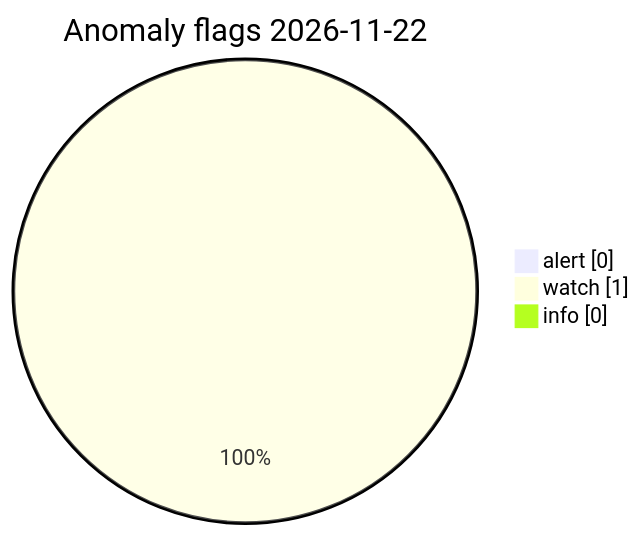
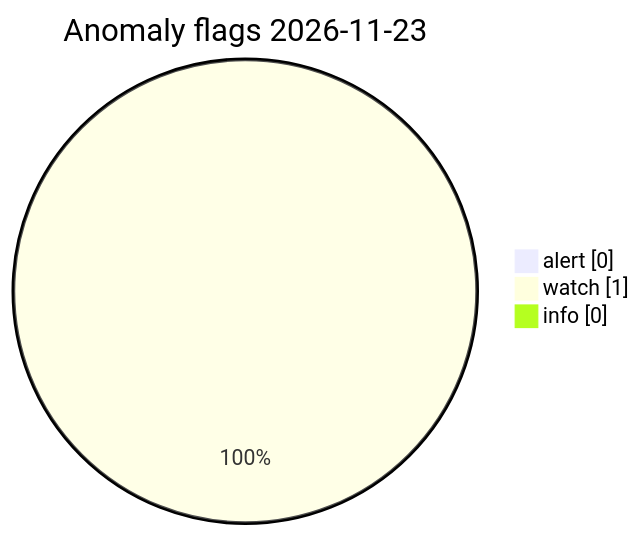
Before and after one commit to Midwest-Stratospheric/Unified-Open-Global-Weather: the diagram in visuals/latest/CHARTS.md, drawn with Mermaid. The commit also changed other lines of this file and 23 other files, not shown here.

Commit message:
data(visuals): automated charts 2026-11-23T15:30Z

````diff
--- a/visuals/latest/CHARTS.md
+++ b/visuals/latest/CHARTS.md
@@ -73,7 +73,7 @@
 ```mermaid
 pie showData
-  title Anomaly flags 2026-11-22
+  title Anomaly flags 2026-11-23
   "alert" : 0
   "watch" : 1
   "info" : 0
 ```
````
